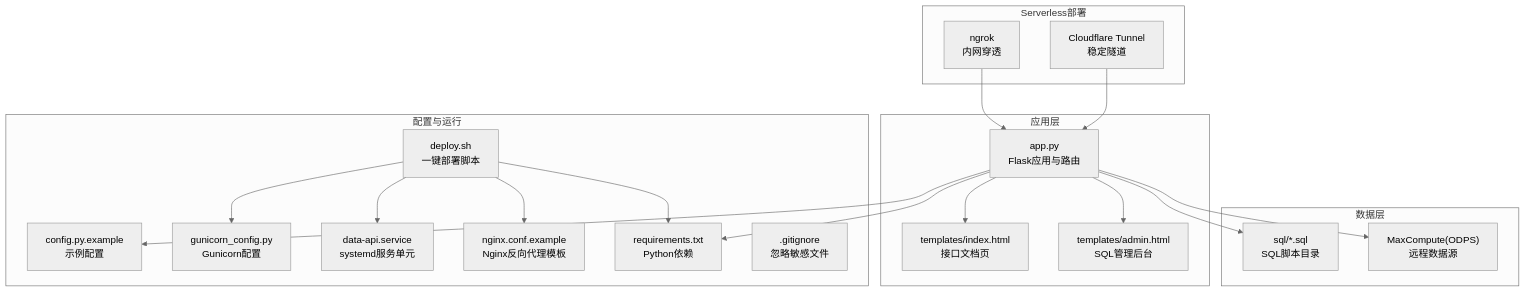
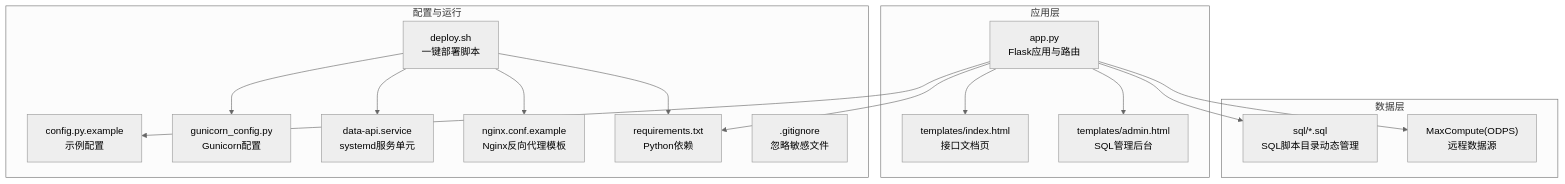
One commit to sd99886/test changed the first of 7 diagrams in .qoder/repowiki/zh/content/业务逻辑模块/数据接口API服务.md. Above: the diagram before and after it, drawn with Mermaid (neutral theme). The commit also changed other lines of this file and 195 other files, not shown here.

````diff
--- a/.qoder/repowiki/zh/content/业务逻辑模块/数据接口API服务.md
+++ b/.qoder/repowiki/zh/content/业务逻辑模块/数据接口API服务.md
@@ -50,37 +49,31 @@
 ```mermaid
 graph TB
 subgraph "应用层"
 A["app.py<br/>Flask应用与路由"]
 T1["templates/index.html<br/>接口文档页"]
 T2["templates/admin.html<br/>SQL管理后台"]
 end
 subgraph "配置与运行"
 C["config.py.example<br/>示例配置"]
 G["gunicorn_config.py<br/>Gunicorn配置"]
 S["data-api.service<br/>systemd服务单元"]
 D["deploy.sh<br/>一键部署脚本"]
 N["nginx.conf.example<br/>Nginx反向代理模板"]
 R["requirements.txt<br/>Python依赖"]
 I[".gitignore<br/>忽略敏感文件"]
 end
-subgraph "Serverless部署"
-NG["ngrok<br/>内网穿透"]
-CF["Cloudflare Tunnel<br/>稳定隧道"]
-end
 subgraph "数据层"
-Q["sql/*.sql<br/>SQL脚本目录"]
+Q["sql/*.sql<br/>SQL脚本目录动态管理"]
 ODPS["MaxCompute(ODPS)<br/>远程数据源"]
 end
 A --> T1
 A --> T2
 A --> Q
 A --> C
 A --> R
 A --> ODPS
 D --> S
 D --> N
 D --> G
 D --> R
-NG --> A
-CF --> A
 ```
````
